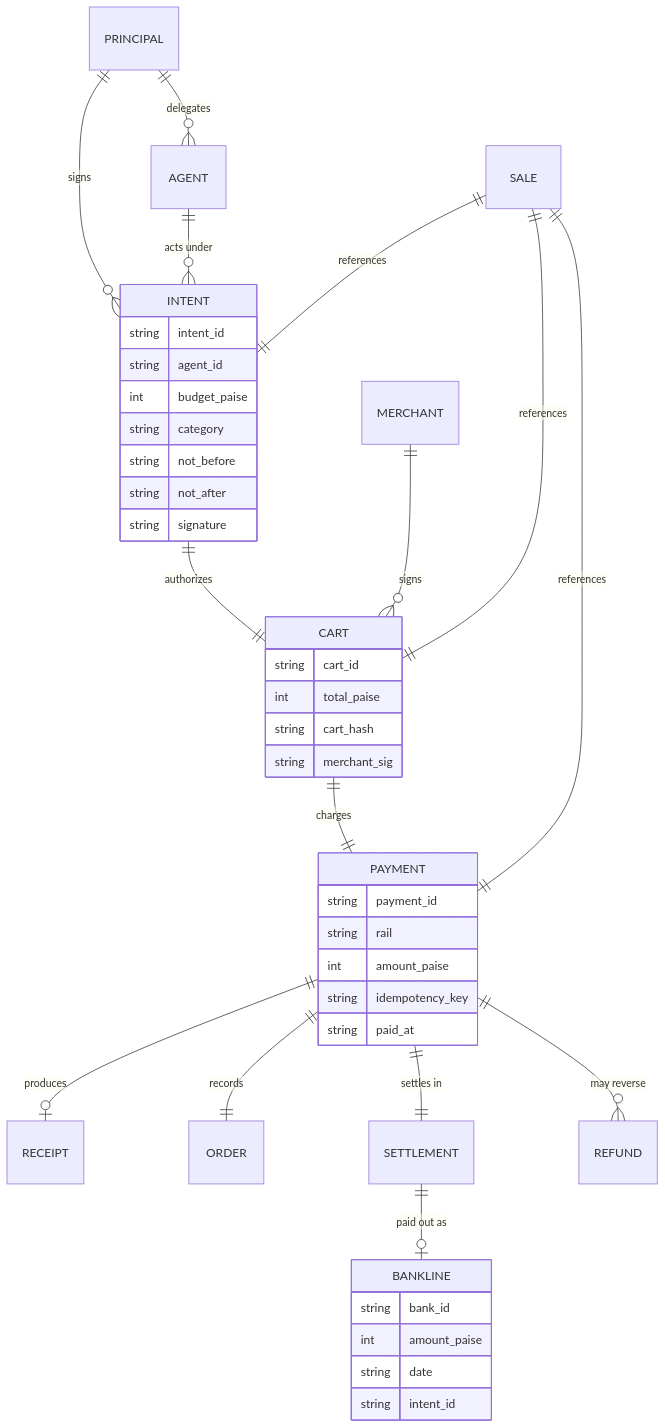
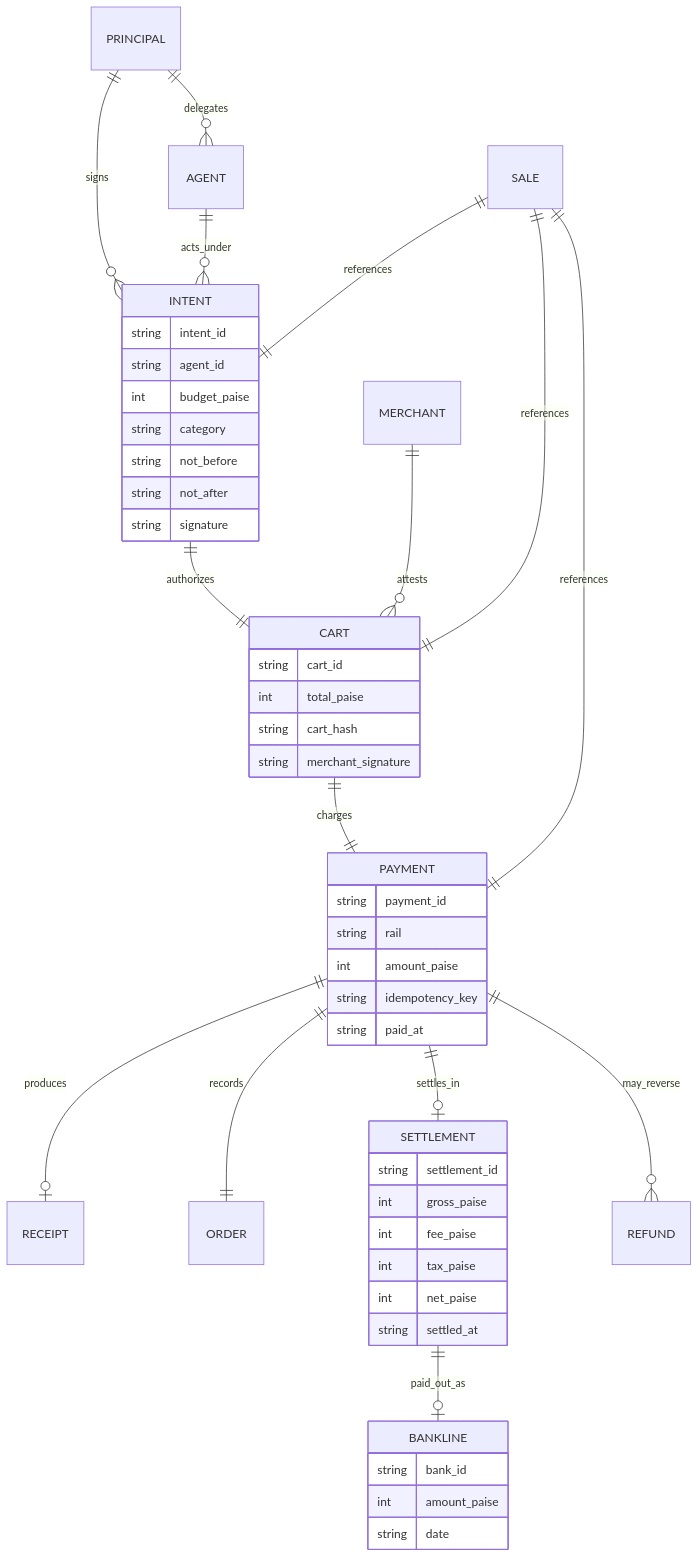
The first of 5 diagrams in docs/ARCHITECTURE.md (Afnanksalal/vera), drawn with Mermaid before and after one commit. The commit also changed other lines of this file and 108 other files, not shown here.

````diff
--- a/docs/ARCHITECTURE.md
+++ b/docs/ARCHITECTURE.md
@@ -13,46 +13,53 @@
 ```mermaid
 erDiagram
   PRINCIPAL ||--o{ AGENT : delegates
   PRINCIPAL ||--o{ INTENT : signs
-  AGENT ||--o{ INTENT : "acts under"
+  AGENT ||--o{ INTENT : acts_under
   INTENT ||--|| CART : authorizes
-  MERCHANT ||--o{ CART : signs
+  MERCHANT ||--o{ CART : attests
   CART ||--|| PAYMENT : charges
   PAYMENT ||--o| RECEIPT : produces
   PAYMENT ||--|| ORDER : records
-  PAYMENT ||--|| SETTLEMENT : "settles in"
-  SETTLEMENT ||--o| BANKLINE : "paid out as"
-  PAYMENT ||--o{ REFUND : "may reverse"
+  PAYMENT ||--o| SETTLEMENT : settles_in
+  SETTLEMENT ||--o| BANKLINE : paid_out_as
+  PAYMENT ||--o{ REFUND : may_reverse
   SALE ||--|| INTENT : references
   SALE ||--|| CART : references
   SALE ||--|| PAYMENT : references
 
   INTENT {
     string intent_id
     string agent_id
     int budget_paise
     string category
     string not_before
     string not_after
     string signature
   }
   CART {
     string cart_id
     int total_paise
     string cart_hash
-    string merchant_sig
+    string merchant_signature
   }
   PAYMENT {
     string payment_id
     string rail
     int amount_paise
     string idempotency_key
     string paid_at
   }
+  SETTLEMENT {
+    string settlement_id
+    int gross_paise
+    int fee_paise
+    int tax_paise
+    int net_paise
+    string settled_at
+  }
   BANKLINE {
     string bank_id
     int amount_paise
     string date
-    string intent_id
   }
 ```
````
